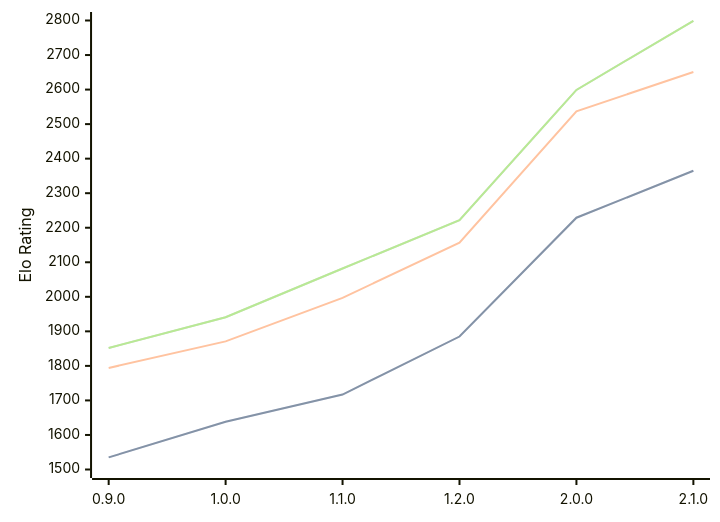
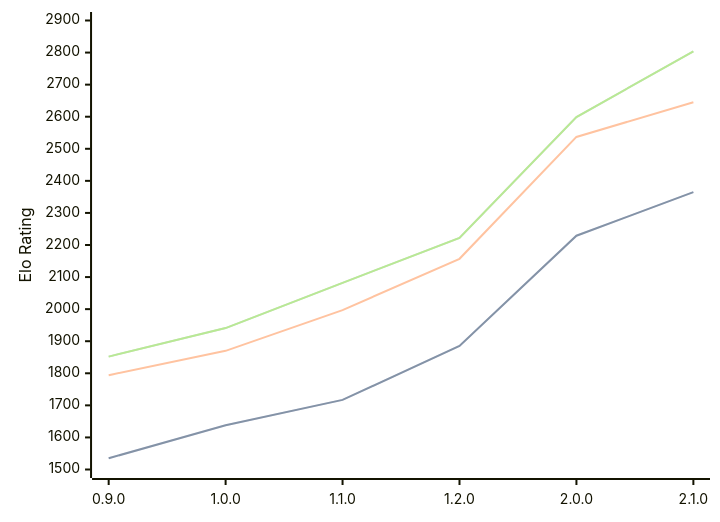
One commit to computer-chess-index/cci changed the diagram in engines/Ratsu.md. Above: the diagram before and after it, drawn with Mermaid. The commit also changed other lines of this file, not shown here.

Commit message:
Update CCI Ratings (ELO VLTC) - 2026-07-22

````diff
--- a/engines/Ratsu.md
+++ b/engines/Ratsu.md
@@ -36,11 +36,11 @@
 ```mermaid
 %%{init: {"theme":"base","themeVariables":{"seriesColors:['#a3a3a3','#222221','#faa371']}}}%%
 xychart-beta
   x-axis ["0.9.0", "1.0.0", "1.1.0", "1.2.0", "2.0.0", "2.1.0"]
-  y-axis "Elo Rating" 1500 --> 2800
+  y-axis "Elo Rating" 1500 --> 2900
   line "STC (8.0+0.08s)" [1535, 1638, 1717, 1885, 2229, 2365]
   line "STC (8.0+0.08s)" [1535, 1638, 1717, 1885, 2229, 2365]
-  line "LTC (60.0+0.60s)" [1794, 1871, 1997, 2157, 2537, 2651]
-  line "VLTC (2m24s+1.12s)" [1852, 1941, 2082, 2222, 2599, 2799]
-  line "VLTC (2m24s+1.12s)" [1852, 1941, 2082, 2222, 2599, 2799]
+  line "LTC (60.0+0.60s)" [1794, 1870, 1997, 2157, 2537, 2645]
+  line "VLTC (2m24s+1.12s)" [1852, 1941, 2082, 2222, 2599, 2804]
+  line "VLTC (2m24s+1.12s)" [1852, 1941, 2082, 2222, 2599, 2804]
 ```
````
